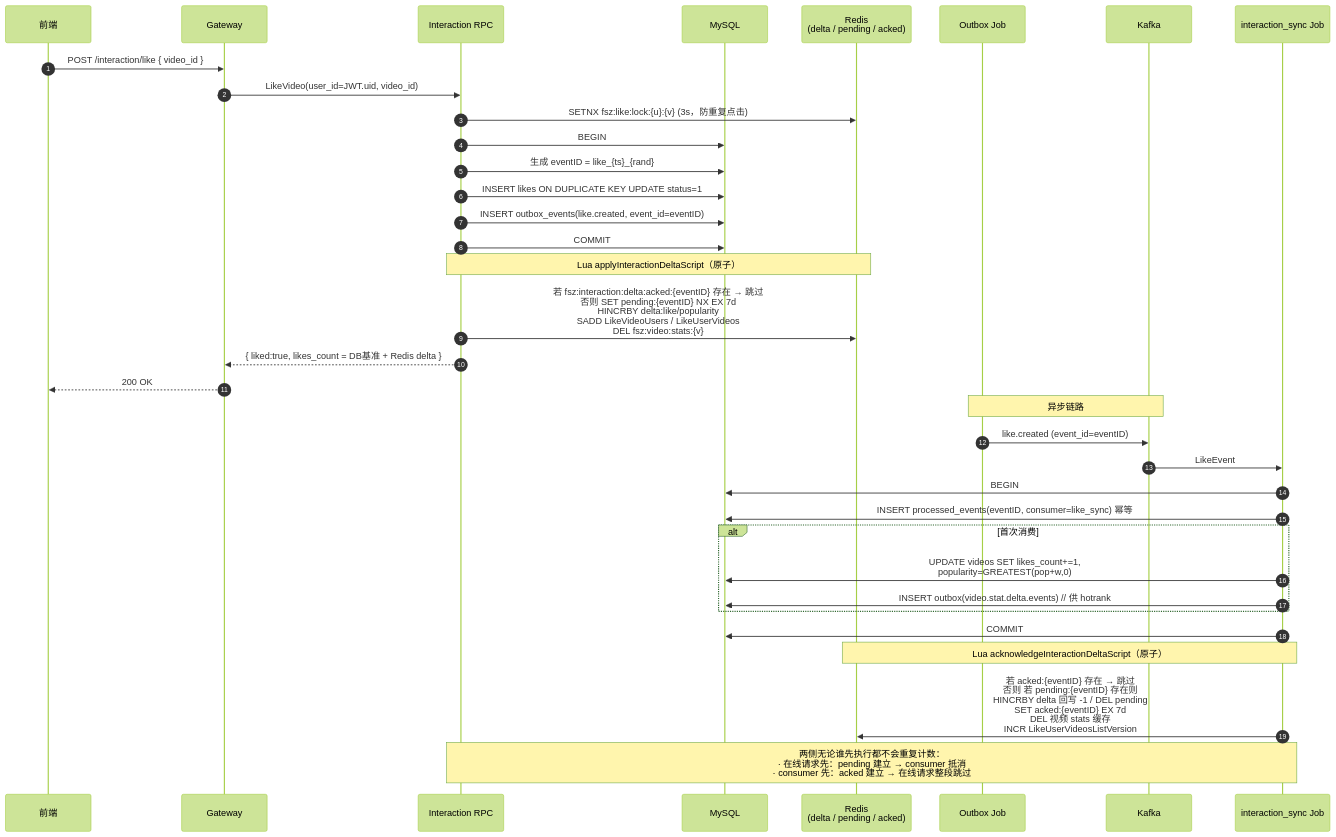
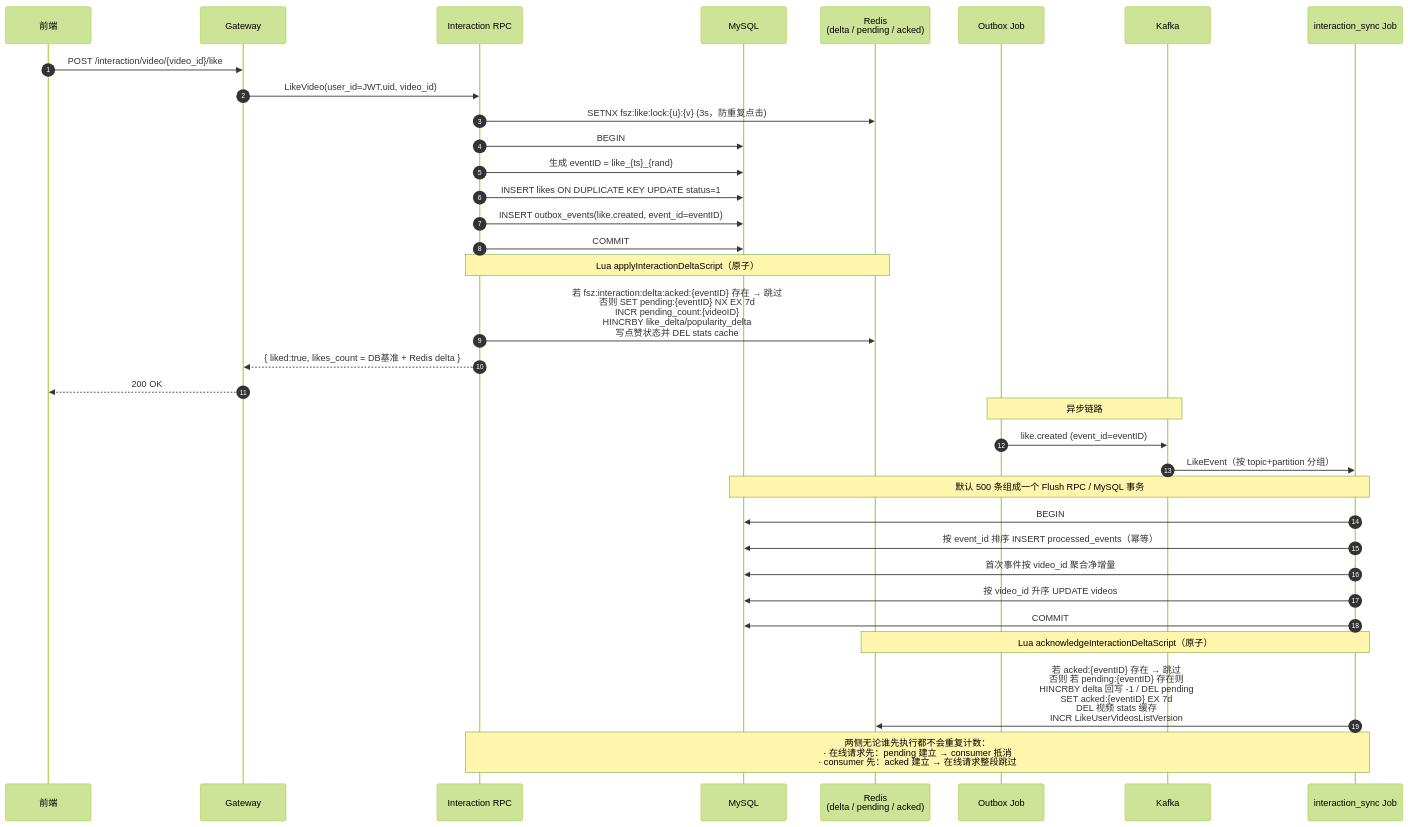
Before and after one commit to Redeemz473/feedsystem-zero: the eighth of 17 diagrams in docs/PROJECT_OVERVIEW.md, drawn with Mermaid (forest theme). The commit also changed other lines of this file and 46 other files, not shown here.

````diff
--- a/docs/PROJECT_OVERVIEW.md
+++ b/docs/PROJECT_OVERVIEW.md
@@ -660,43 +670,42 @@
 ```mermaid
 sequenceDiagram
     autonumber
     participant U as 前端
     participant G as Gateway
     participant I as Interaction RPC
     participant DB as MySQL
     participant R as Redis<br/>(delta / pending / acked)
     participant OB as Outbox Job
     participant K as Kafka
     participant IS as interaction_sync Job
 
-    U->>G: POST /interaction/like { video_id }
+    U->>G: POST /interaction/video/{video_id}/like
     G->>I: LikeVideo(user_id=JWT.uid, video_id)
     I->>R: SETNX fsz:like:lock:{u}:{v}  (3s，防重复点击)
     I->>DB: BEGIN
     I->>DB: 生成 eventID = like_{ts}_{rand}
     I->>DB: INSERT likes ON DUPLICATE KEY UPDATE status=1
     I->>DB: INSERT outbox_events(like.created, event_id=eventID)
     I->>DB: COMMIT
 
     Note over I,R: Lua applyInteractionDeltaScript（原子）
-    I->>R: 若 fsz:interaction:delta:acked:{eventID} 存在 → 跳过<br/>否则 SET pending:{eventID} NX EX 7d<br/>HINCRBY delta:like/popularity<br/>SADD LikeVideoUsers / LikeUserVideos<br/>DEL fsz:video:stats:{v}
+    I->>R: 若 fsz:interaction:delta:acked:{eventID} 存在 → 跳过<br/>否则 SET pending:{eventID} NX EX 7d<br/>INCR pending_count:{videoID}<br/>HINCRBY like_delta/popularity_delta<br/>写点赞状态并 DEL stats cache
     I-->>G: { liked:true, likes_count = DB基准 + Redis delta }
     G-->>U: 200 OK
 
     Note over OB,K: 异步链路
     OB->>K: like.created (event_id=eventID)
-    K->>IS: LikeEvent
+    K->>IS: LikeEvent（按 topic+partition 分组）
 
+    Note over IS,DB: 默认 500 条组成一个 Flush RPC / MySQL 事务
     IS->>DB: BEGIN
-    IS->>DB: INSERT processed_events(eventID, consumer=like_sync) 幂等
-    alt 首次消费
-        IS->>DB: UPDATE videos SET likes_count+=1,<br/>popularity=GREATEST(pop+w,0)
-        IS->>DB: INSERT outbox(video.stat.delta.events)  // 供 hotrank
-    end
+    IS->>DB: 按 event_id 排序 INSERT processed_events（幂等）
+    IS->>DB: 首次事件按 video_id 聚合净增量
+    IS->>DB: 按 video_id 升序 UPDATE videos
     IS->>DB: COMMIT
 
     Note over IS,R: Lua acknowledgeInteractionDeltaScript（原子）
     IS->>R: 若 acked:{eventID} 存在 → 跳过<br/>否则 若 pending:{eventID} 存在则<br/>HINCRBY delta 回写 -1 / DEL pending<br/>SET acked:{eventID} EX 7d<br/>DEL 视频 stats 缓存<br/>INCR LikeUserVideosListVersion
 
     Note over I,IS: 两侧无论谁先执行都不会重复计数：<br/>· 在线请求先：pending 建立 → consumer 抵消<br/>· consumer 先：acked 建立 → 在线请求整段跳过
 ```
````
